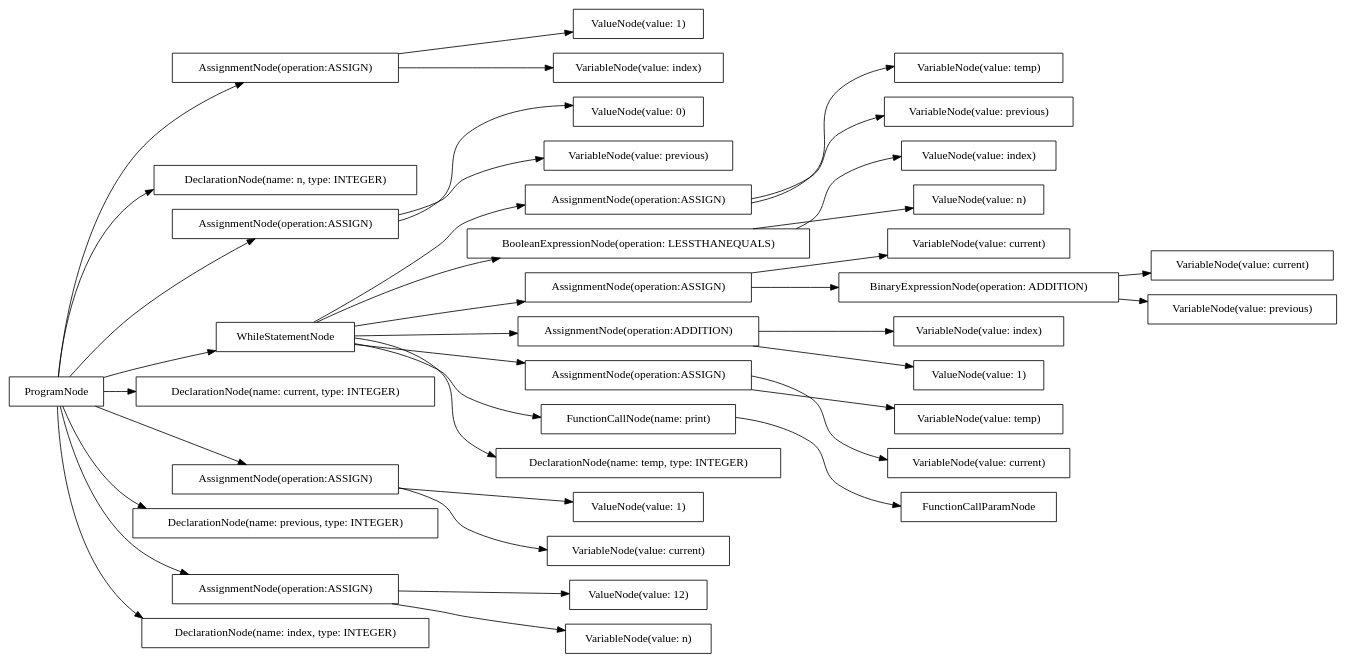
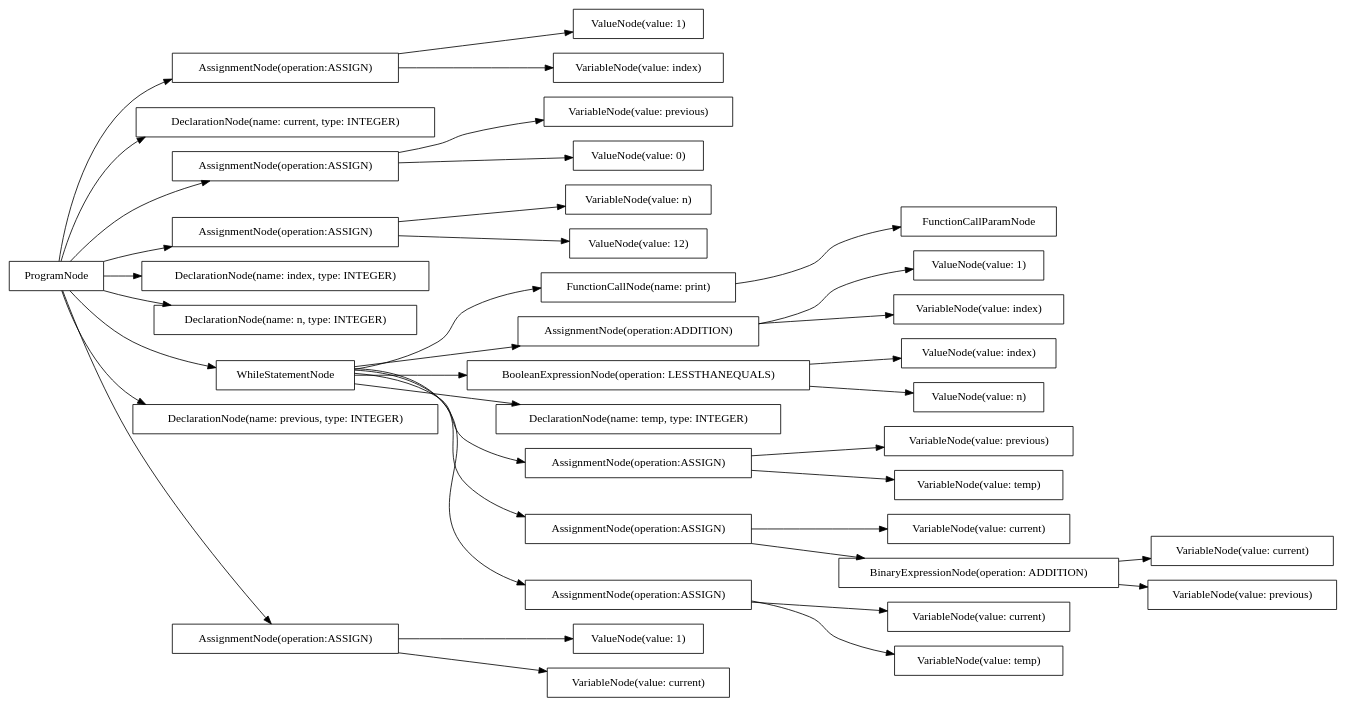
Before and after one commit to AtLeastITry/ANTLR-Python-Compiler: the diagram in src/output/dot/fibonacci.dot, drawn with Graphviz. The commit also changed 14 other files, not shown here.

```diff
--- a/src/output/dot/fibonacci.dot
+++ b/src/output/dot/fibonacci.dot
@@ -1,78 +1,78 @@
 digraph G {
 rankdir=LR
-"4d1ae961-ff71-4a6d-b392-09ac1f2bdb70" [label="AssignmentNode(operation:ASSIGN)" shape="box"];
-"6745d7e0-4566-497c-bc6e-4bb3064ec228" [label="ProgramNode" shape="box"];
-"6886963f-6a65-47ec-9600-9a6ca1e7e73e" [label="ValueNode(value: 0)" shape="box"];
-"289d3b28-eeff-4e98-8f45-0a9c09e6f5a8" [label="ValueNode(value: 1)" shape="box"];
-"90a73efc-38be-4b0c-a290-b786afcdcff4" [label="ValueNode(value: index)" shape="box"];
-"b0c5be83-136f-4e9e-aa0c-19f56f6f5727" [label="VariableNode(value: current)" shape="box"];
-"d68afc91-12a2-4305-a2b8-b43041a4f897" [label="ValueNode(value: 12)" shape="box"];
-"8b5e9220-5590-43b1-8e58-e91b5bc26856" [label="VariableNode(value: temp)" shape="box"];
-"8d8553f1-2ba1-4e4b-b082-ceef9f6c7d15" [label="DeclarationNode(name: n, type: INTEGER)" shape="box"];
-"7ff21711-07da-47ee-9605-b945f56a9437" [label="VariableNode(value: previous)" shape="box"];
-"ee511254-7887-41b7-b642-6f4ba0152d63" [label="AssignmentNode(operation:ASSIGN)" shape="box"];
-"ec751c1e-7794-4368-b06b-7952f56fed8c" [label="AssignmentNode(operation:ASSIGN)" shape="box"];
-"0156cc4e-fb83-464c-9dd0-c932f30e34b6" [label="BooleanExpressionNode(operation: LESSTHANEQUALS)" shape="box"];
-"5f2270b9-b4ba-416d-b57c-fc7e3aad056e" [label="FunctionCallParamNode" shape="box"];
-"28b044d8-6e14-4699-8980-3c2a4e55fd57" [label="AssignmentNode(operation:ASSIGN)" shape="box"];
-"59ef7163-11f3-4609-b583-b87a78650325" [label="WhileStatementNode" shape="box"];
-"23c2f5eb-878e-4ca7-af16-6ad92caa1334" [label="VariableNode(value: current)" shape="box"];
-"9c911124-154c-4d4f-8725-1c6290835026" [label="VariableNode(value: previous)" shape="box"];
-"3a48e19f-22a5-4b85-ab8d-b1456b589cff" [label="ValueNode(value: n)" shape="box"];
-"8c312e2a-ee94-411d-a9cc-d18c474873c3" [label="VariableNode(value: temp)" shape="box"];
-"3fbfa6b7-38c9-4c90-af12-c57674a55b49" [label="AssignmentNode(operation:ADDITION)" shape="box"];
-"9e2174ce-3454-41fc-81b3-35365ee165fd" [label="VariableNode(value: n)" shape="box"];
-"cd7cc56f-46cd-421f-804e-ce481c2de4b5" [label="DeclarationNode(name: current, type: INTEGER)" shape="box"];
-"35ffd0ae-c821-44bd-bfec-59d09f621e31" [label="AssignmentNode(operation:ASSIGN)" shape="box"];
-"bbc40dde-2d35-40bc-ae8d-7249dec4db77" [label="ValueNode(value: 1)" shape="box"];
-"6ead04f2-ff7f-4f79-b00d-c9eb04d18388" [label="AssignmentNode(operation:ASSIGN)" shape="box"];
-"6d9f0fb3-a404-4a81-9e3f-2bb46433bc77" [label="FunctionCallNode(name: print)" shape="box"];
-"302dbd0b-6767-4862-942c-c96f1f87738e" [label="DeclarationNode(name: previous, type: INTEGER)" shape="box"];
-"31e5e4a1-a00b-40a0-87fd-36df9505a4e3" [label="VariableNode(value: current)" shape="box"];
-"e0ed924f-7ccc-4d7f-8280-d1848fba1944" [label="VariableNode(value: index)" shape="box"];
-"adfe6651-2856-4dbf-a1e3-045388119149" [label="BinaryExpressionNode(operation: ADDITION)" shape="box"];
-"9c9d78d2-01dc-4b19-9246-d6e701eb24ae" [label="VariableNode(value: previous)" shape="box"];
-"1d3d098b-73cd-46f6-aa59-5afbece0dd20" [label="AssignmentNode(operation:ASSIGN)" shape="box"];
-"cc9b6155-c81b-43a5-88d3-a926e1d6a6fc" [label="VariableNode(value: current)" shape="box"];
-"c0b8f9ea-48eb-4561-9c96-1d5eebe5bf5a" [label="VariableNode(value: index)" shape="box"];
-"8761bd38-4cdf-4372-ab90-c8fe4ca80c80" [label="DeclarationNode(name: temp, type: INTEGER)" shape="box"];
-"a20457e5-0e0b-4a7c-90b6-f0ccab35c0ef" [label="DeclarationNode(name: index, type: INTEGER)" shape="box"];
-"2c745b65-7873-4f1c-8488-248ce35fdf1d" [label="ValueNode(value: 1)" shape="box"];
-"6745d7e0-4566-497c-bc6e-4bb3064ec228" -> "8d8553f1-2ba1-4e4b-b082-ceef9f6c7d15";
-"6745d7e0-4566-497c-bc6e-4bb3064ec228" -> "302dbd0b-6767-4862-942c-c96f1f87738e";
-"6745d7e0-4566-497c-bc6e-4bb3064ec228" -> "cd7cc56f-46cd-421f-804e-ce481c2de4b5";
-"6745d7e0-4566-497c-bc6e-4bb3064ec228" -> "a20457e5-0e0b-4a7c-90b6-f0ccab35c0ef";
-"6745d7e0-4566-497c-bc6e-4bb3064ec228" -> "1d3d098b-73cd-46f6-aa59-5afbece0dd20";
-"1d3d098b-73cd-46f6-aa59-5afbece0dd20" -> "9e2174ce-3454-41fc-81b3-35365ee165fd";
-"1d3d098b-73cd-46f6-aa59-5afbece0dd20" -> "d68afc91-12a2-4305-a2b8-b43041a4f897";
-"6745d7e0-4566-497c-bc6e-4bb3064ec228" -> "ec751c1e-7794-4368-b06b-7952f56fed8c";
-"ec751c1e-7794-4368-b06b-7952f56fed8c" -> "9c911124-154c-4d4f-8725-1c6290835026";
-"ec751c1e-7794-4368-b06b-7952f56fed8c" -> "6886963f-6a65-47ec-9600-9a6ca1e7e73e";
-"6745d7e0-4566-497c-bc6e-4bb3064ec228" -> "6ead04f2-ff7f-4f79-b00d-c9eb04d18388";
-"6ead04f2-ff7f-4f79-b00d-c9eb04d18388" -> "cc9b6155-c81b-43a5-88d3-a926e1d6a6fc";
-"6ead04f2-ff7f-4f79-b00d-c9eb04d18388" -> "289d3b28-eeff-4e98-8f45-0a9c09e6f5a8";
-"6745d7e0-4566-497c-bc6e-4bb3064ec228" -> "4d1ae961-ff71-4a6d-b392-09ac1f2bdb70";
-"4d1ae961-ff71-4a6d-b392-09ac1f2bdb70" -> "c0b8f9ea-48eb-4561-9c96-1d5eebe5bf5a";
-"4d1ae961-ff71-4a6d-b392-09ac1f2bdb70" -> "bbc40dde-2d35-40bc-ae8d-7249dec4db77";
-"6745d7e0-4566-497c-bc6e-4bb3064ec228" -> "59ef7163-11f3-4609-b583-b87a78650325";
-"59ef7163-11f3-4609-b583-b87a78650325" -> "0156cc4e-fb83-464c-9dd0-c932f30e34b6";
-"0156cc4e-fb83-464c-9dd0-c932f30e34b6" -> "90a73efc-38be-4b0c-a290-b786afcdcff4";
-"0156cc4e-fb83-464c-9dd0-c932f30e34b6" -> "3a48e19f-22a5-4b85-ab8d-b1456b589cff";
-"59ef7163-11f3-4609-b583-b87a78650325" -> "6d9f0fb3-a404-4a81-9e3f-2bb46433bc77";
-"6d9f0fb3-a404-4a81-9e3f-2bb46433bc77" -> "5f2270b9-b4ba-416d-b57c-fc7e3aad056e";
-"59ef7163-11f3-4609-b583-b87a78650325" -> "8761bd38-4cdf-4372-ab90-c8fe4ca80c80";
-"59ef7163-11f3-4609-b583-b87a78650325" -> "35ffd0ae-c821-44bd-bfec-59d09f621e31";
-"35ffd0ae-c821-44bd-bfec-59d09f621e31" -> "8b5e9220-5590-43b1-8e58-e91b5bc26856";
-"35ffd0ae-c821-44bd-bfec-59d09f621e31" -> "31e5e4a1-a00b-40a0-87fd-36df9505a4e3";
-"59ef7163-11f3-4609-b583-b87a78650325" -> "28b044d8-6e14-4699-8980-3c2a4e55fd57";
-"28b044d8-6e14-4699-8980-3c2a4e55fd57" -> "23c2f5eb-878e-4ca7-af16-6ad92caa1334";
-"28b044d8-6e14-4699-8980-3c2a4e55fd57" -> "adfe6651-2856-4dbf-a1e3-045388119149";
-"adfe6651-2856-4dbf-a1e3-045388119149" -> "b0c5be83-136f-4e9e-aa0c-19f56f6f5727";
-"adfe6651-2856-4dbf-a1e3-045388119149" -> "7ff21711-07da-47ee-9605-b945f56a9437";
-"59ef7163-11f3-4609-b583-b87a78650325" -> "ee511254-7887-41b7-b642-6f4ba0152d63";
-"ee511254-7887-41b7-b642-6f4ba0152d63" -> "9c9d78d2-01dc-4b19-9246-d6e701eb24ae";
-"ee511254-7887-41b7-b642-6f4ba0152d63" -> "8c312e2a-ee94-411d-a9cc-d18c474873c3";
-"59ef7163-11f3-4609-b583-b87a78650325" -> "3fbfa6b7-38c9-4c90-af12-c57674a55b49";
-"3fbfa6b7-38c9-4c90-af12-c57674a55b49" -> "e0ed924f-7ccc-4d7f-8280-d1848fba1944";
-"3fbfa6b7-38c9-4c90-af12-c57674a55b49" -> "2c745b65-7873-4f1c-8488-248ce35fdf1d";
+"291591e2-c03b-4b8d-9501-fb5b6d95924f" [label="VariableNode(value: current)" shape="box"];
+"5ffa3e9e-a1d8-4ea0-b378-e99d41e587de" [label="AssignmentNode(operation:ASSIGN)" shape="box"];
+"31028580-ea5e-4f89-bb8a-a3eb570904fe" [label="VariableNode(value: current)" shape="box"];
+"d159acf8-4baa-4252-b76e-6e1754ccbc6a" [label="ValueNode(value: 1)" shape="box"];
+"3b3d99c0-320c-4980-a75c-f48ebcd962bd" [label="DeclarationNode(name: current, type: INTEGER)" shape="box"];
+"51aad0a7-5668-41b4-af90-8ebd16ffc8c4" [label="VariableNode(value: current)" shape="box"];
+"ed1f769d-cb5e-4af5-bad1-0e108c68d508" [label="ProgramNode" shape="box"];
+"2ca28e8f-9bb5-48ca-91b4-cbc991c7cda2" [label="AssignmentNode(operation:ASSIGN)" shape="box"];
+"c30423fd-c911-4e0d-95bc-428f228381d8" [label="FunctionCallNode(name: print)" shape="box"];
+"767054fd-efc3-494e-8e07-630608f85ef7" [label="VariableNode(value: current)" shape="box"];
+"deba3bc4-612e-44b6-8306-d8dc4e658817" [label="ValueNode(value: 1)" shape="box"];
+"0ed02f4a-e8d7-4ae2-9808-67c2f4e29657" [label="ValueNode(value: 1)" shape="box"];
+"6610b424-afa5-42e0-a0dd-500de5072a3e" [label="AssignmentNode(operation:ASSIGN)" shape="box"];
+"84fdd6ee-7813-4da4-af2f-936de062779d" [label="AssignmentNode(operation:ADDITION)" shape="box"];
+"c880fca5-26c8-4dc0-b20d-7678f6dc9adf" [label="BooleanExpressionNode(operation: LESSTHANEQUALS)" shape="box"];
+"1dcaa0b9-e03e-4810-be34-032bedf3732a" [label="VariableNode(value: temp)" shape="box"];
+"d503a7c3-3cf6-40ab-b831-7935e316e553" [label="DeclarationNode(name: temp, type: INTEGER)" shape="box"];
+"d891a93e-a102-4903-880a-0fb18eb4747e" [label="VariableNode(value: n)" shape="box"];
+"2c93ac42-9c35-4af1-a33e-e63f1dcbde40" [label="ValueNode(value: index)" shape="box"];
+"8dc0a5fe-1429-4c1f-acb6-b9dc07e3f7a1" [label="AssignmentNode(operation:ASSIGN)" shape="box"];
+"c862daf8-813d-4a0a-8d62-017fd69fac8c" [label="VariableNode(value: previous)" shape="box"];
+"b1c75ab3-9cad-42d7-a24b-040d33ccd8a2" [label="BinaryExpressionNode(operation: ADDITION)" shape="box"];
+"f9b854ca-892a-46c0-a661-758ba749cf92" [label="DeclarationNode(name: index, type: INTEGER)" shape="box"];
+"55ebe391-82fd-4c92-ac54-f53e96c49512" [label="VariableNode(value: previous)" shape="box"];
+"f12ff3bc-9ec3-4ccb-a22a-9577d9289d87" [label="VariableNode(value: index)" shape="box"];
+"3a323e14-5ddc-4cb4-91d3-8b5c29a3dbc8" [label="DeclarationNode(name: n, type: INTEGER)" shape="box"];
+"ce73b138-a807-4c50-9771-93136a433c91" [label="VariableNode(value: previous)" shape="box"];
+"8e11392f-9a95-4e30-9d59-288384f47319" [label="FunctionCallParamNode" shape="box"];
+"1267cf4d-3740-4c1a-88da-73a6d1a719c5" [label="ValueNode(value: n)" shape="box"];
+"940f1608-da33-4cbb-a6a2-a7e69fdc3078" [label="ValueNode(value: 12)" shape="box"];
+"d42521e5-2894-41eb-bb2c-4b5bc1c9b32e" [label="WhileStatementNode" shape="box"];
+"1641b617-e1ec-4139-862c-039de144ca46" [label="DeclarationNode(name: previous, type: INTEGER)" shape="box"];
+"c0c74cde-c742-4117-a5c9-f8db720af0a0" [label="ValueNode(value: 0)" shape="box"];
+"7c480795-d3e9-45be-ad85-cf35a5cc6102" [label="VariableNode(value: index)" shape="box"];
+"7cd19754-e0a8-48b0-938c-b3f0be258370" [label="AssignmentNode(operation:ASSIGN)" shape="box"];
+"201e3087-739e-44db-9fbf-58b27941b62c" [label="AssignmentNode(operation:ASSIGN)" shape="box"];
+"5562e01d-e1e8-4d66-a6b5-1d959e5d69b0" [label="VariableNode(value: temp)" shape="box"];
+"c2504ed7-6370-44ab-9464-b64c3a32b239" [label="AssignmentNode(operation:ASSIGN)" shape="box"];
+"ed1f769d-cb5e-4af5-bad1-0e108c68d508" -> "3a323e14-5ddc-4cb4-91d3-8b5c29a3dbc8";
+"ed1f769d-cb5e-4af5-bad1-0e108c68d508" -> "1641b617-e1ec-4139-862c-039de144ca46";
+"ed1f769d-cb5e-4af5-bad1-0e108c68d508" -> "3b3d99c0-320c-4980-a75c-f48ebcd962bd";
+"ed1f769d-cb5e-4af5-bad1-0e108c68d508" -> "f9b854ca-892a-46c0-a661-758ba749cf92";
+"ed1f769d-cb5e-4af5-bad1-0e108c68d508" -> "6610b424-afa5-42e0-a0dd-500de5072a3e";
+"6610b424-afa5-42e0-a0dd-500de5072a3e" -> "d891a93e-a102-4903-880a-0fb18eb4747e";
+"6610b424-afa5-42e0-a0dd-500de5072a3e" -> "940f1608-da33-4cbb-a6a2-a7e69fdc3078";
+"ed1f769d-cb5e-4af5-bad1-0e108c68d508" -> "2ca28e8f-9bb5-48ca-91b4-cbc991c7cda2";
+"2ca28e8f-9bb5-48ca-91b4-cbc991c7cda2" -> "ce73b138-a807-4c50-9771-93136a433c91";
+"2ca28e8f-9bb5-48ca-91b4-cbc991c7cda2" -> "c0c74cde-c742-4117-a5c9-f8db720af0a0";
+"ed1f769d-cb5e-4af5-bad1-0e108c68d508" -> "c2504ed7-6370-44ab-9464-b64c3a32b239";
+"c2504ed7-6370-44ab-9464-b64c3a32b239" -> "767054fd-efc3-494e-8e07-630608f85ef7";
+"c2504ed7-6370-44ab-9464-b64c3a32b239" -> "d159acf8-4baa-4252-b76e-6e1754ccbc6a";
+"ed1f769d-cb5e-4af5-bad1-0e108c68d508" -> "5ffa3e9e-a1d8-4ea0-b378-e99d41e587de";
+"5ffa3e9e-a1d8-4ea0-b378-e99d41e587de" -> "7c480795-d3e9-45be-ad85-cf35a5cc6102";
+"5ffa3e9e-a1d8-4ea0-b378-e99d41e587de" -> "deba3bc4-612e-44b6-8306-d8dc4e658817";
+"ed1f769d-cb5e-4af5-bad1-0e108c68d508" -> "d42521e5-2894-41eb-bb2c-4b5bc1c9b32e";
+"d42521e5-2894-41eb-bb2c-4b5bc1c9b32e" -> "c880fca5-26c8-4dc0-b20d-7678f6dc9adf";
+"c880fca5-26c8-4dc0-b20d-7678f6dc9adf" -> "2c93ac42-9c35-4af1-a33e-e63f1dcbde40";
+"c880fca5-26c8-4dc0-b20d-7678f6dc9adf" -> "1267cf4d-3740-4c1a-88da-73a6d1a719c5";
+"d42521e5-2894-41eb-bb2c-4b5bc1c9b32e" -> "c30423fd-c911-4e0d-95bc-428f228381d8";
+"c30423fd-c911-4e0d-95bc-428f228381d8" -> "8e11392f-9a95-4e30-9d59-288384f47319";
+"d42521e5-2894-41eb-bb2c-4b5bc1c9b32e" -> "d503a7c3-3cf6-40ab-b831-7935e316e553";
+"d42521e5-2894-41eb-bb2c-4b5bc1c9b32e" -> "201e3087-739e-44db-9fbf-58b27941b62c";
+"201e3087-739e-44db-9fbf-58b27941b62c" -> "1dcaa0b9-e03e-4810-be34-032bedf3732a";
+"201e3087-739e-44db-9fbf-58b27941b62c" -> "31028580-ea5e-4f89-bb8a-a3eb570904fe";
+"d42521e5-2894-41eb-bb2c-4b5bc1c9b32e" -> "7cd19754-e0a8-48b0-938c-b3f0be258370";
+"7cd19754-e0a8-48b0-938c-b3f0be258370" -> "51aad0a7-5668-41b4-af90-8ebd16ffc8c4";
+"7cd19754-e0a8-48b0-938c-b3f0be258370" -> "b1c75ab3-9cad-42d7-a24b-040d33ccd8a2";
+"b1c75ab3-9cad-42d7-a24b-040d33ccd8a2" -> "291591e2-c03b-4b8d-9501-fb5b6d95924f";
+"b1c75ab3-9cad-42d7-a24b-040d33ccd8a2" -> "55ebe391-82fd-4c92-ac54-f53e96c49512";
+"d42521e5-2894-41eb-bb2c-4b5bc1c9b32e" -> "8dc0a5fe-1429-4c1f-acb6-b9dc07e3f7a1";
+"8dc0a5fe-1429-4c1f-acb6-b9dc07e3f7a1" -> "c862daf8-813d-4a0a-8d62-017fd69fac8c";
+"8dc0a5fe-1429-4c1f-acb6-b9dc07e3f7a1" -> "5562e01d-e1e8-4d66-a6b5-1d959e5d69b0";
+"d42521e5-2894-41eb-bb2c-4b5bc1c9b32e" -> "84fdd6ee-7813-4da4-af2f-936de062779d";
+"84fdd6ee-7813-4da4-af2f-936de062779d" -> "f12ff3bc-9ec3-4ccb-a22a-9577d9289d87";
+"84fdd6ee-7813-4da4-af2f-936de062779d" -> "0ed02f4a-e8d7-4ae2-9808-67c2f4e29657";
 }
```
